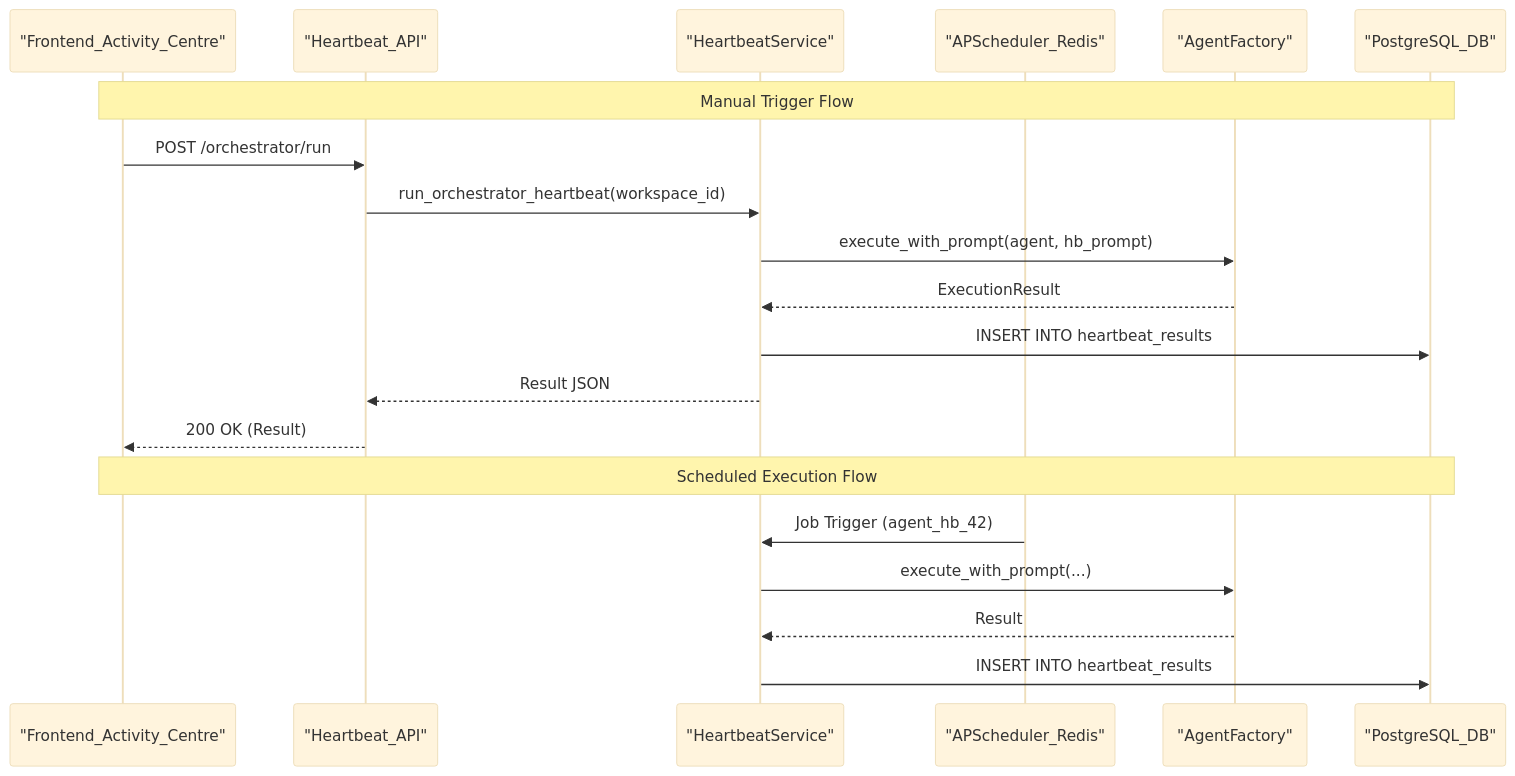
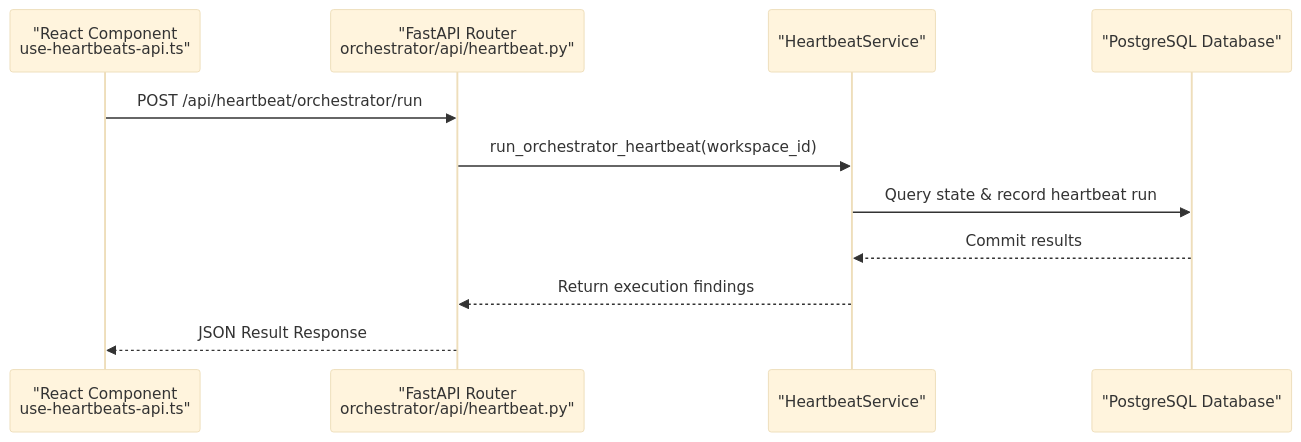
One commit to AutomatosAI/automatos-ai changed the second of 2 diagrams in docs/heartbeat-proactive-assistant/heartbeat-api-reference.md. Above: the diagram before and after it, drawn with Mermaid (base theme). The commit also changed other lines of this file and 191 other files, not shown here.

````diff
--- a/docs/heartbeat-proactive-assistant/heartbeat-api-reference.md
+++ b/docs/heartbeat-proactive-assistant/heartbeat-api-reference.md
@@ -216,24 +111,14 @@
 ```mermaid
 sequenceDiagram
-    participant UI as "Frontend_Activity_Centre"
-    participant API as "Heartbeat_API"
+    participant UI as "React Component<br/>use-heartbeats-api.ts"
+    participant API as "FastAPI Router<br/>orchestrator/api/heartbeat.py"
     participant HBS as "HeartbeatService"
-    participant SCHED as "APScheduler_Redis"
-    participant AF as "AgentFactory"
-    participant DB as "PostgreSQL_DB"
+    participant DB as "PostgreSQL Database"
 
-    Note over UI, DB: Manual Trigger Flow
-    UI->>API: POST /orchestrator/run
+    UI->>API: POST /api/heartbeat/orchestrator/run
     API->>HBS: run_orchestrator_heartbeat(workspace_id)
-    HBS->>AF: execute_with_prompt(agent, hb_prompt)
-    AF-->>HBS: ExecutionResult
-    HBS->>DB: INSERT INTO heartbeat_results
-    HBS-->>API: Result JSON
-    API-->>UI: 200 OK (Result)
-
-    Note over UI, DB: Scheduled Execution Flow
-    SCHED->>HBS: Job Trigger (agent_hb_42)
-    HBS->>AF: execute_with_prompt(...)
-    AF-->>HBS: Result
-    HBS->>DB: INSERT INTO heartbeat_results
+    HBS->>DB: Query state & record heartbeat run
+    DB-->>HBS: Commit results
+    HBS-->>API: Return execution findings
+    API-->>UI: JSON Result Response
 ```
````
